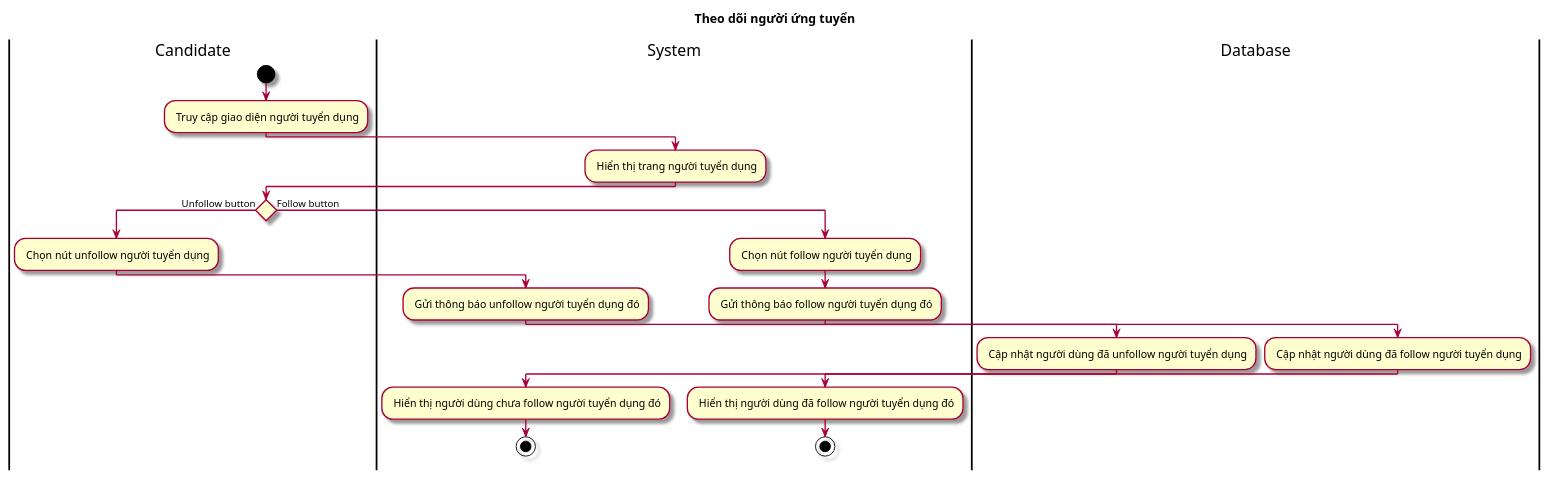
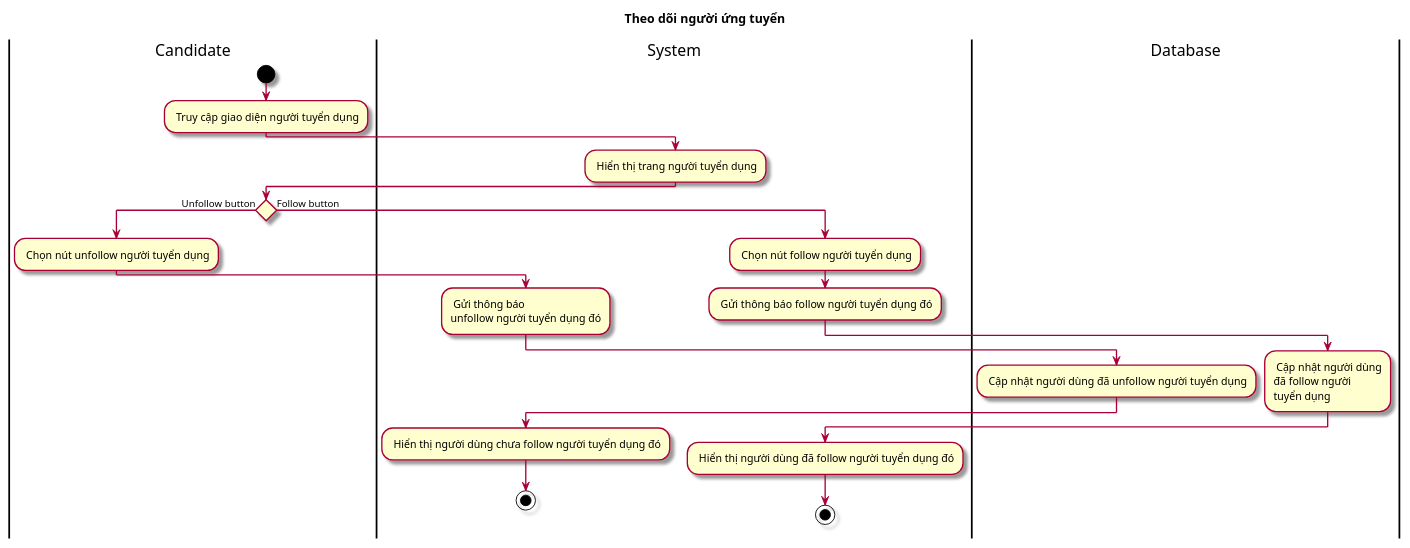
One commit to Griselda4774/EAS-EmploymentAssistanceSystem changed the diagram in Lab1/Lab 1.2 Diagram/Activity/FileUML/3.2 ActTheoDoiNguoiUngTuyen.puml. Above: the diagram before and after it, drawn with PlantUML. The commit also changed 5 other files, not shown here.

```diff
--- a/Lab1/Lab 1.2 Diagram/Activity/FileUML/3.2 ActTheoDoiNguoiUngTuyen.puml
+++ b/Lab1/Lab 1.2 Diagram/Activity/FileUML/3.2 ActTheoDoiNguoiUngTuyen.puml
@@ -1,30 +1,30 @@
 @startuml ActTheoDoiCongTyTuyenDung
 
 skin rose
 title Theo dõi người ứng tuyển
 
 |Candidate|
 start
 : Truy cập giao diện người tuyển dụng;
 |System|
 : Hiển thị trang người tuyển dụng;
 |Candidate|
 if () then (Unfollow button)
 : Chọn nút unfollow người tuyển dụng;
 |System|
-: Gửi thông báo unfollow người tuyển dụng đó;
+: Gửi thông báo\nunfollow người tuyển dụng đó;
 |Database|
 : Cập nhật người dùng đã unfollow người tuyển dụng;
 |System|
 : Hiển thị người dùng chưa follow người tuyển dụng đó; 
 stop
 else (Follow button)
 : Chọn nút follow người tuyển dụng;
 |System|
 : Gửi thông báo follow người tuyển dụng đó;
 |Database|
-: Cập nhật người dùng đã follow người tuyển dụng;
+: Cập nhật người dùng\nđã follow người\ntuyển dụng;
 |System|
 : Hiển thị người dùng đã follow người tuyển dụng đó; 
 stop
 @enduml
```
